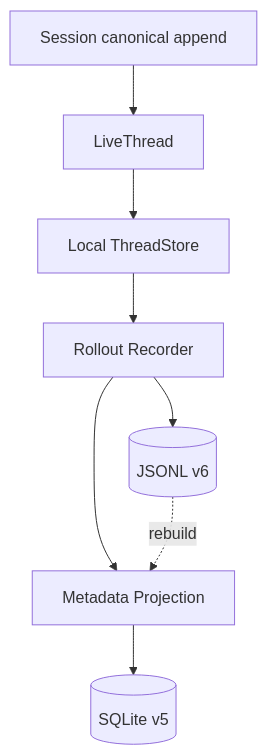
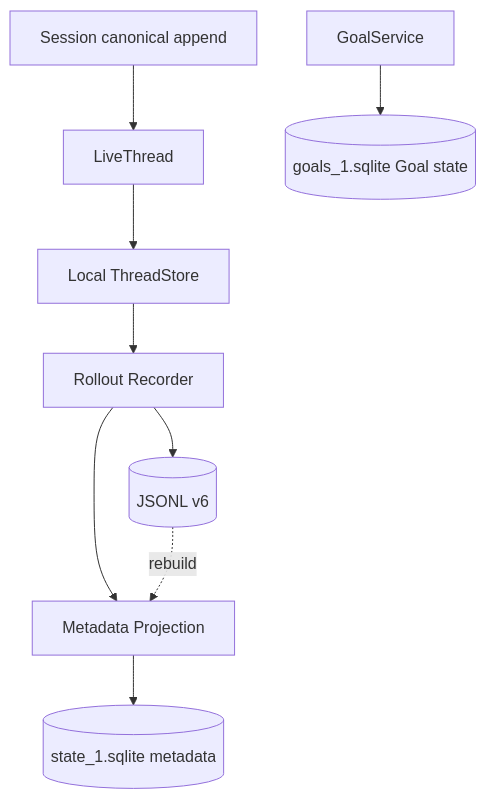
The eighth of 47 diagrams in docs/architecture-whitepaper.md (Godric-W/Amadeus), drawn with Mermaid before and after one commit. The commit also changed other lines of this file and 138 other files, not shown here.

Commit message:
feat: add persisted thread goals and align runtime architecture

````diff
--- a/docs/architecture-whitepaper.md
+++ b/docs/architecture-whitepaper.md
@@ -570,14 +615,16 @@
 ```mermaid
 flowchart TD
     Session[Session canonical append]
     Live[LiveThread]
     Store[Local ThreadStore]
     Recorder[Rollout Recorder]
     JSONL[(JSONL v6)]
     Project[Metadata Projection]
-    SQLite[(SQLite v5)]
+    Metadata[(state_1.sqlite metadata)]
+    Goals[(goals_1.sqlite Goal state)]
 
     Session --> Live --> Store --> Recorder --> JSONL
-    Recorder --> Project --> SQLite
+    Recorder --> Project --> Metadata
+    GoalService[GoalService] --> Goals
     JSONL -. rebuild .-> Project
 ```
````
